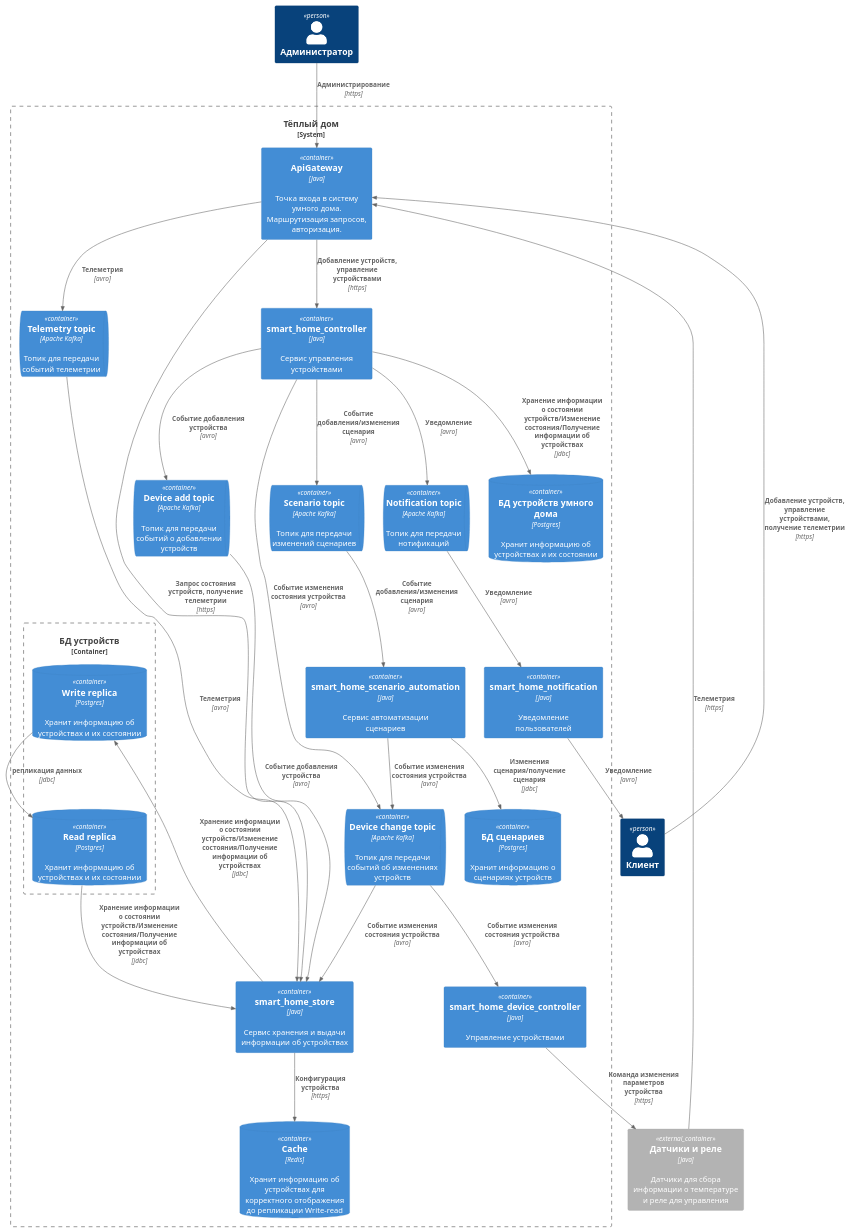
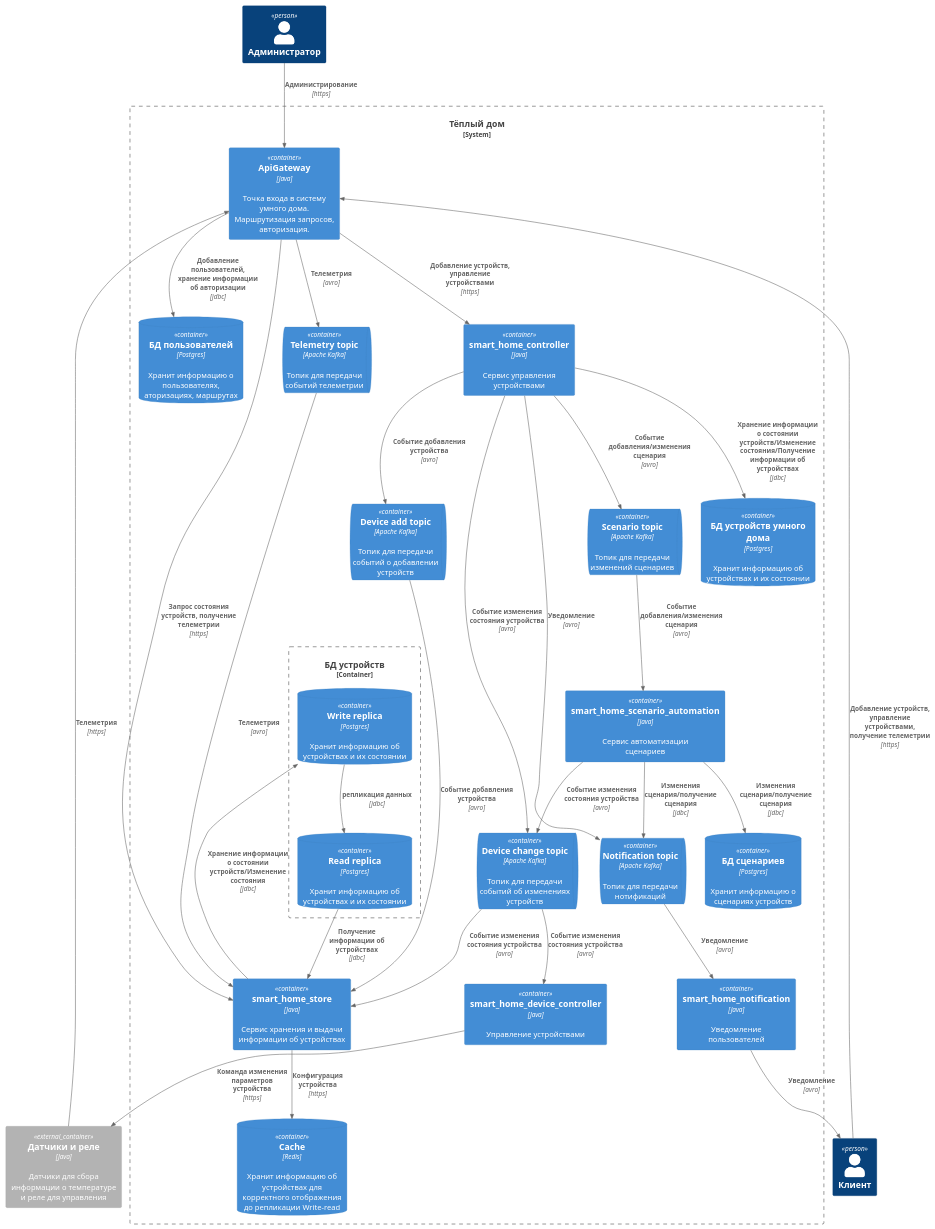
One commit to bearbeard/architecture-sprint-3 changed the diagram in c4/c4_2_to_be_container.puml. Above: the diagram before and after it, drawn with PlantUML. The commit also changed 8 other files, not shown here.

Commit message:
docs(sprint_3_task_2): Диаграммы компонентов

```diff
--- a/c4/c4_2_to_be_container.puml
+++ b/c4/c4_2_to_be_container.puml
@@ -1,73 +1,75 @@
 @startuml
 !include https://raw.githubusercontent.com/plantuml-stdlib/C4-PlantUML/master/C4_Container.puml
 !include https://raw.githubusercontent.com/plantuml-stdlib/C4-PlantUML/master/C4_Component.puml
 
 Person(client, "Клиент")
 Person(admin, "Администратор")
 
 
 System_Boundary(b1, "Тёплый дом") {
     Container(api_gw, "ApiGateway", "Java", "Точка входа в систему умного дома. Маршрутизация запросов, авторизация.")
-    ContainerDb(smart_home_db, "БД умного дома", "Postgres", "Хранение данных обо всей системе")
+    ContainerDb(api_gw_db, "БД пользователей", "Postgres", "Хранит информацию о пользователях, аторизациях, маршрутах")
 
     Container(smart_home_controller, "smart_home_controller", "Java", "Сервис управления устройствами")
     ContainerDb(smart_home_db, "БД устройств умного дома", "Postgres", "Хранит информацию об устройствах и их состоянии")
 
     Container(smart_home_store, "smart_home_store", "Java", "Сервис хранения и выдачи информации об устройствах")
     ContainerDb(smart_home_store_cache, "Cache", "Redis", "Хранит информацию об устройствах для корректного отображения до репликации Write-read")
     Container_Boundary(c1, "БД устройств") {
         ContainerDb(smart_home_store_write_db, "Write replica", "Postgres", "Хранит информацию об устройствах и их состоянии")
         ContainerDb(smart_home_store_read_db, "Read replica", "Postgres", "Хранит информацию об устройствах и их состоянии")
     }
 
     Container(smart_home_scenario_automation, "smart_home_scenario_automation", "Java", "Сервис автоматизации сценариев")
     ContainerDb(smart_home_scenario_automation_db, "БД сценариев", "Postgres", "Хранит информацию о сценариях устройств")
 
     ContainerQueue(kafka_device_change_event, "Device change topic", "Apache Kafka", "Топик для передачи событий об изменениях устройств")
     ContainerQueue(kafka_device_add_event, "Device add topic", "Apache Kafka", "Топик для передачи событий о добавлении устройств")
     ContainerQueue(kafka_device_telemetry_event, "Telemetry topic", "Apache Kafka", "Топик для передачи событий телеметрии")
     ContainerQueue(kafka_device_notification_event, "Notification topic", "Apache Kafka", "Топик для передачи нотификаций")
     ContainerQueue(kafka_device_scenario_event, "Scenario topic", "Apache Kafka", "Топик для передачи изменений сценариев")
 
     Container(smart_home_device_controller, "smart_home_device_controller", "Java", "Управление устройствами")
 
     Container(smart_home_notification, "smart_home_notification", "Java", "Уведомление пользователей")
 
 }
 
 Container_Ext(device, "Датчики и реле", "Java", "Датчики для сбора информации о температуре и реле для управления")
 
 Rel(device, api_gw, "Телеметрия", "https")
 Rel(client, api_gw, "Добавление устройств, управление устройствами, получение телеметрии", "https")
 Rel(admin, api_gw, "Администрирование", "https")
+Rel(api_gw, api_gw_db, "Добавление пользователей, хранение информации об авторизации", "jdbc")
 Rel(api_gw, smart_home_controller, "Добавление устройств, управление устройствами", "https")
 Rel(smart_home_controller, smart_home_db, "Хранение информации о состоянии устройств/Изменение состояния/Получение информации об устройствах", "jdbc")
 Rel(smart_home_controller, kafka_device_scenario_event, "Событие добавления/изменения сценария", "avro")
 Rel(kafka_device_scenario_event, smart_home_scenario_automation, "Событие добавления/изменения сценария", "avro")
 Rel(smart_home_scenario_automation, kafka_device_change_event, "Событие изменения состояния устройства", "avro")
 Rel(smart_home_scenario_automation, smart_home_scenario_automation_db, "Изменения сценария/получение сценария", "jdbc")
+Rel(smart_home_scenario_automation, kafka_device_notification_event, "Изменения сценария/получение сценария", "jdbc")
 
 Rel(smart_home_store, smart_home_store_cache, "Конфигурация устройства", "https")
-Rel(smart_home_store, smart_home_store_write_db, "Хранение информации о состоянии устройств/Изменение состояния/Получение информации об устройствах", "jdbc")
-Rel(smart_home_store_read_db, smart_home_store, "Хранение информации о состоянии устройств/Изменение состояния/Получение информации об устройствах", "jdbc")
+Rel(smart_home_store, smart_home_store_write_db, "Хранение информации о состоянии устройств/Изменение состояния", "jdbc")
+Rel(smart_home_store_read_db, smart_home_store, "Получение информации об устройствах", "jdbc")
 Rel(smart_home_store_write_db, smart_home_store_read_db, "репликация данных", "jdbc")
 
 Rel(api_gw, smart_home_store, "Запрос состояния устройств, получение телеметрии", "https")
 
 Rel(smart_home_controller, kafka_device_add_event, "Событие добавления устройства", "avro")
 Rel(smart_home_controller, kafka_device_change_event, "Событие изменения состояния устройства", "avro")
 
 Rel(kafka_device_add_event, smart_home_store, "Событие добавления устройства", "avro")
 Rel(kafka_device_change_event, smart_home_store, "Событие изменения состояния устройства", "avro")
 
 Rel(kafka_device_change_event, smart_home_device_controller, "Событие изменения состояния устройства", "avro")
 Rel(smart_home_device_controller, device, "Команда изменения параметров устройства", "https")
 
 Rel(api_gw, kafka_device_telemetry_event, "Телеметрия", "avro")
 Rel(kafka_device_telemetry_event, smart_home_store, "Телеметрия", "avro")
 
 Rel(smart_home_controller, kafka_device_notification_event, "Уведомление", "avro")
 Rel(kafka_device_notification_event, smart_home_notification, "Уведомление", "avro")
 Rel(smart_home_notification, client, "Уведомление", "avro")
 
 @enduml
```
